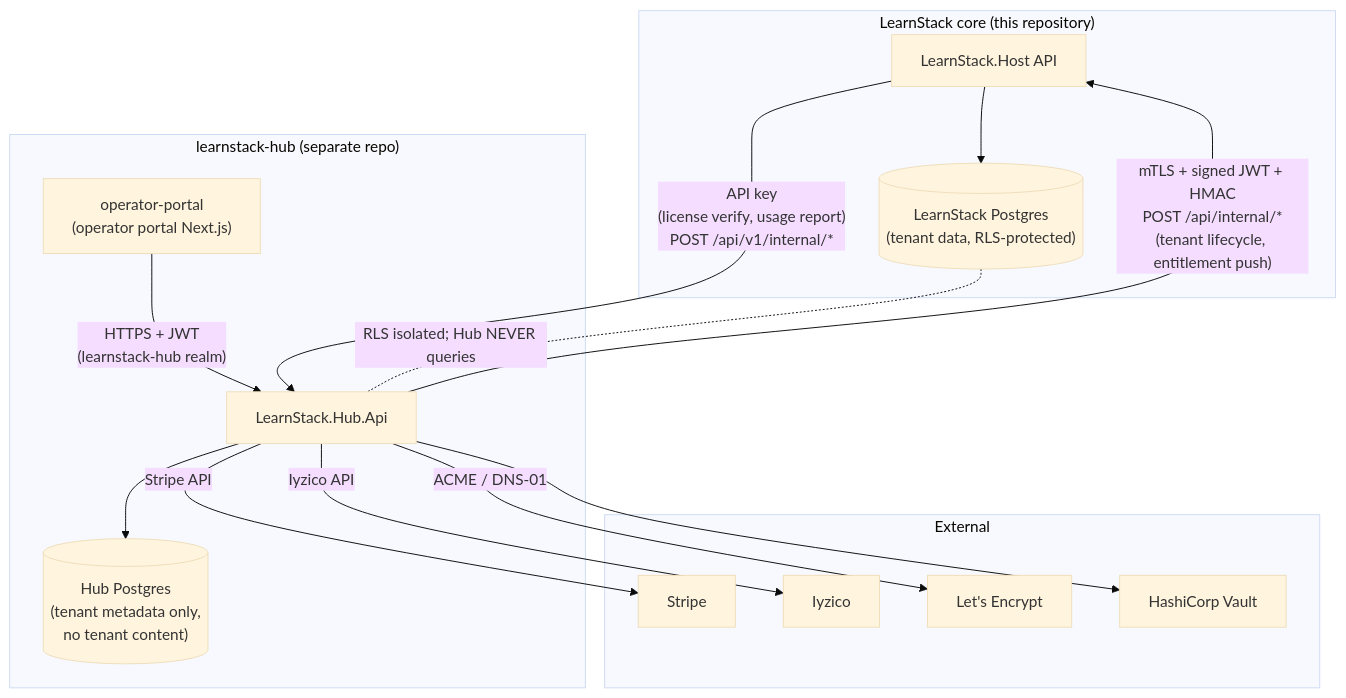
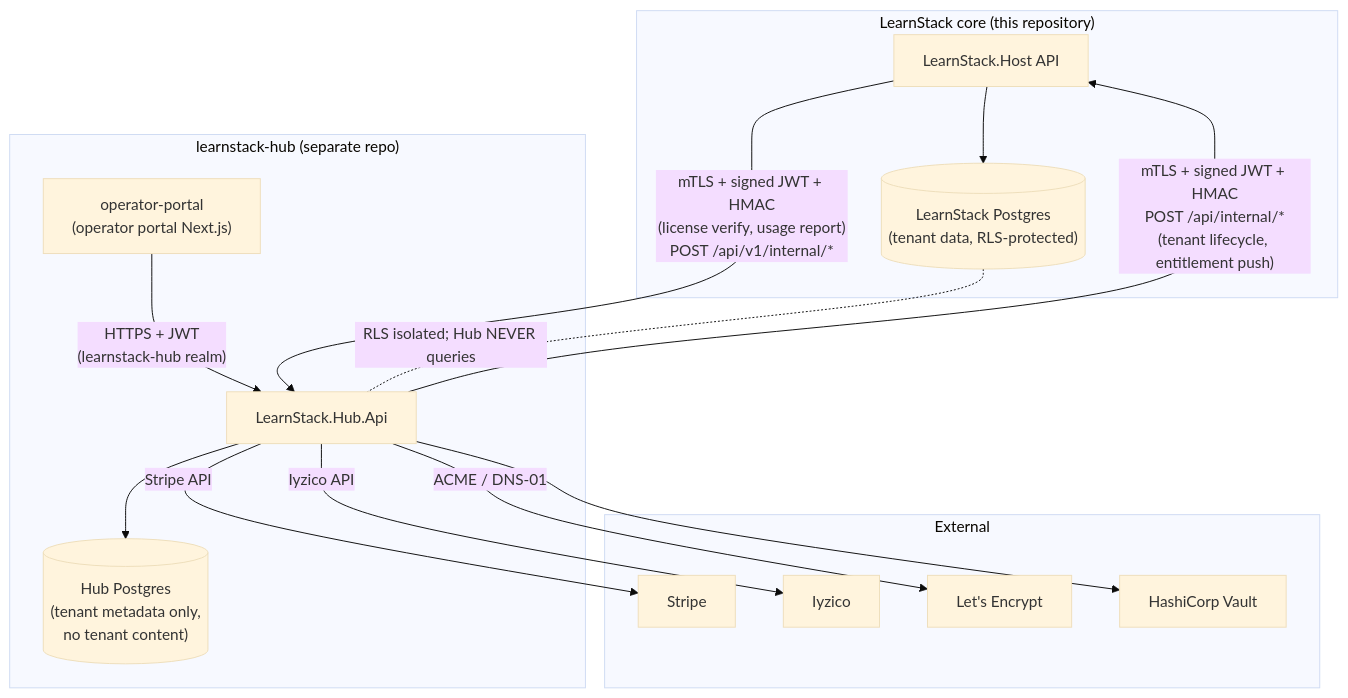
Before and after one commit to HodeTech/LearnStack: the first of 7 diagrams in docs/architecture/24-learnstack-hub.md, drawn with Mermaid (base theme). The commit also changed other lines of this file and 9 other files, not shown here.

````diff
--- a/docs/architecture/24-learnstack-hub.md
+++ b/docs/architecture/24-learnstack-hub.md
@@ -20,33 +20,33 @@
 ```mermaid
 flowchart TB
     subgraph LearnStack["LearnStack core (this repository)"]
         LSApi["LearnStack.Host API"]
         LSDb[("LearnStack Postgres<br/>(tenant data, RLS-protected)")]
     end
 
     subgraph Hub["learnstack-hub (separate repo)"]
         HubApi["LearnStack.Hub.Api"]
         HubDb[("Hub Postgres<br/>(tenant metadata only,<br/>no tenant content)")]
         HubWeb["operator-portal<br/>(operator portal Next.js)"]
     end
 
     subgraph External
         Stripe["Stripe"]
         Iyzico["Iyzico"]
         LetsEncrypt["Let's Encrypt"]
         Vault["HashiCorp Vault"]
     end
 
     HubWeb -- "HTTPS + JWT<br/>(learnstack-hub realm)" --> HubApi
     HubApi --> HubDb
     HubApi -- "Stripe API" --> Stripe
     HubApi -- "Iyzico API" --> Iyzico
     HubApi -- "ACME / DNS-01" --> LetsEncrypt
     HubApi --> Vault
 
     HubApi -- "mTLS + signed JWT + HMAC<br/>POST /api/internal/*<br/>(tenant lifecycle, entitlement push)" --> LSApi
-    LSApi -- "API key<br/>(license verify, usage report)<br/>POST /api/v1/internal/*" --> HubApi
+    LSApi -- "mTLS + signed JWT + HMAC<br/>(license verify, usage report)<br/>POST /api/v1/internal/*" --> HubApi
 
     LSApi --> LSDb
     LSDb -. "RLS isolated; Hub NEVER queries" .- HubApi
 ```
````
